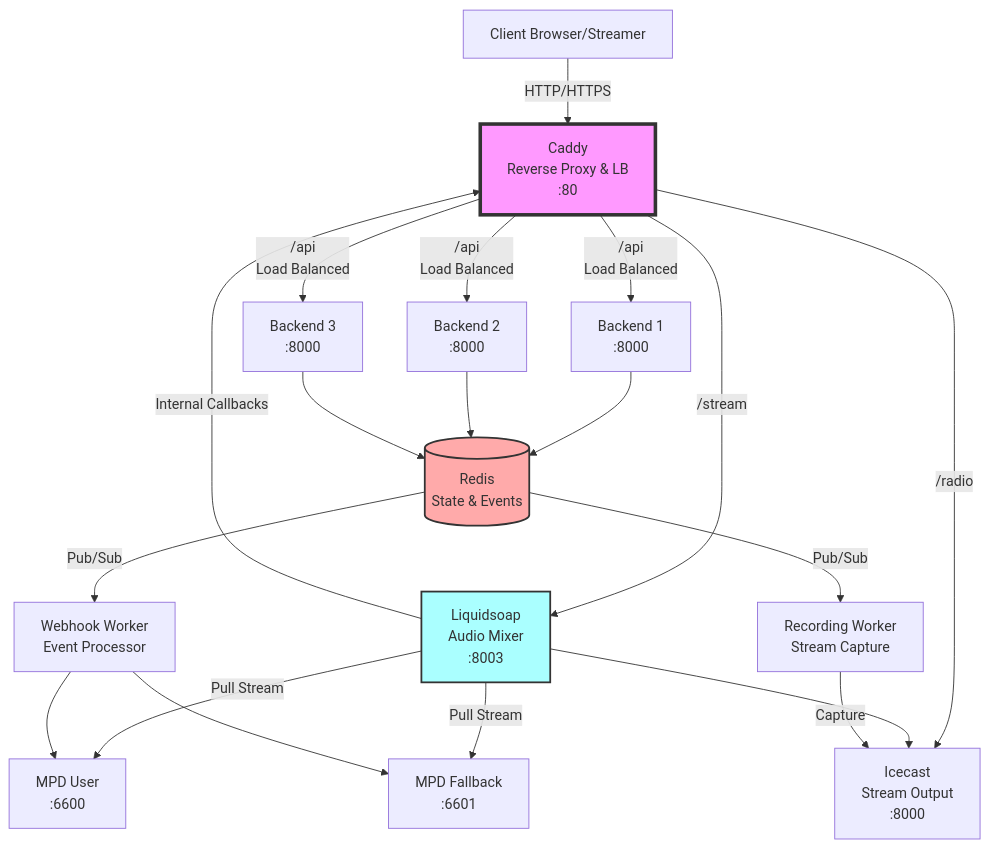
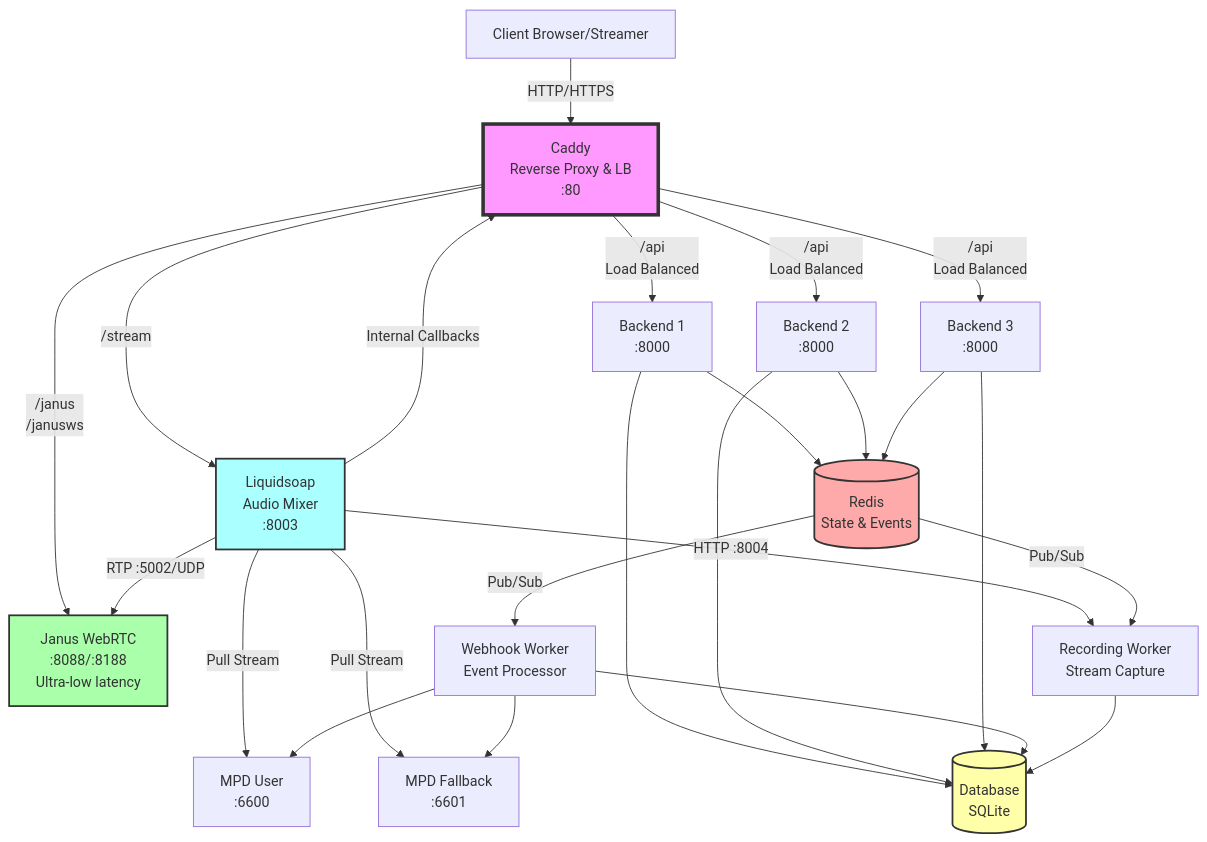
One commit to h4ks-com/h4kstream changed the first of 4 diagrams in ARCHITECTURE.md. Above: the diagram before and after it, drawn with Mermaid. The commit also changed other lines of this file and 11 other files, not shown here.

````diff
--- a/ARCHITECTURE.md
+++ b/ARCHITECTURE.md
@@ -178,48 +189,56 @@
 ```mermaid
 graph TB
     Client[Client Browser/Streamer]
     Caddy[Caddy<br/>Reverse Proxy & LB<br/>:80]
 
     BE1[Backend 1<br/>:8000]
     BE2[Backend 2<br/>:8000]
     BE3[Backend 3<br/>:8000]
 
     LS[Liquidsoap<br/>Audio Mixer<br/>:8003]
-    IC[Icecast<br/>Stream Output<br/>:8000]
+    Janus[Janus WebRTC<br/>:8088/:8188<br/>Ultra-low latency]
 
     Redis[(Redis<br/>State & Events)]
+    DB[(Database<br/>SQLite)]
 
     WW[Webhook Worker<br/>Event Processor]
     RW[Recording Worker<br/>Stream Capture]
 
     MPD_U[MPD User<br/>:6600]
     MPD_F[MPD Fallback<br/>:6601]
 
     Client -->|HTTP/HTTPS| Caddy
     Caddy -->|/api<br/>Load Balanced| BE1
     Caddy -->|/api<br/>Load Balanced| BE2
     Caddy -->|/api<br/>Load Balanced| BE3
+    Caddy -->|/janus<br/>/janusws| Janus
     Caddy -->|/stream| LS
-    Caddy -->|/radio| IC
 
     BE1 --> Redis
     BE2 --> Redis
     BE3 --> Redis
+    BE1 --> DB
+    BE2 --> DB
+    BE3 --> DB
 
     LS -->|Internal Callbacks| Caddy
-    LS --> IC
+    LS -->|RTP :5002/UDP| Janus
+    LS -->|HTTP :8004| RW
     LS -->|Pull Stream| MPD_U
     LS -->|Pull Stream| MPD_F
 
     Redis -->|Pub/Sub| WW
     Redis -->|Pub/Sub| RW
 
     WW --> MPD_U
     WW --> MPD_F
+    WW --> DB
 
-    RW -->|Capture| IC
+    RW --> DB
 
     style Caddy fill:#f9f,stroke:#333,stroke-width:4px
     style Redis fill:#faa,stroke:#333,stroke-width:2px
     style LS fill:#aff,stroke:#333,stroke-width:2px
+    style Janus fill:#afa,stroke:#333,stroke-width:2px
+    style DB fill:#ffa,stroke:#333,stroke-width:2px
 ```
````
